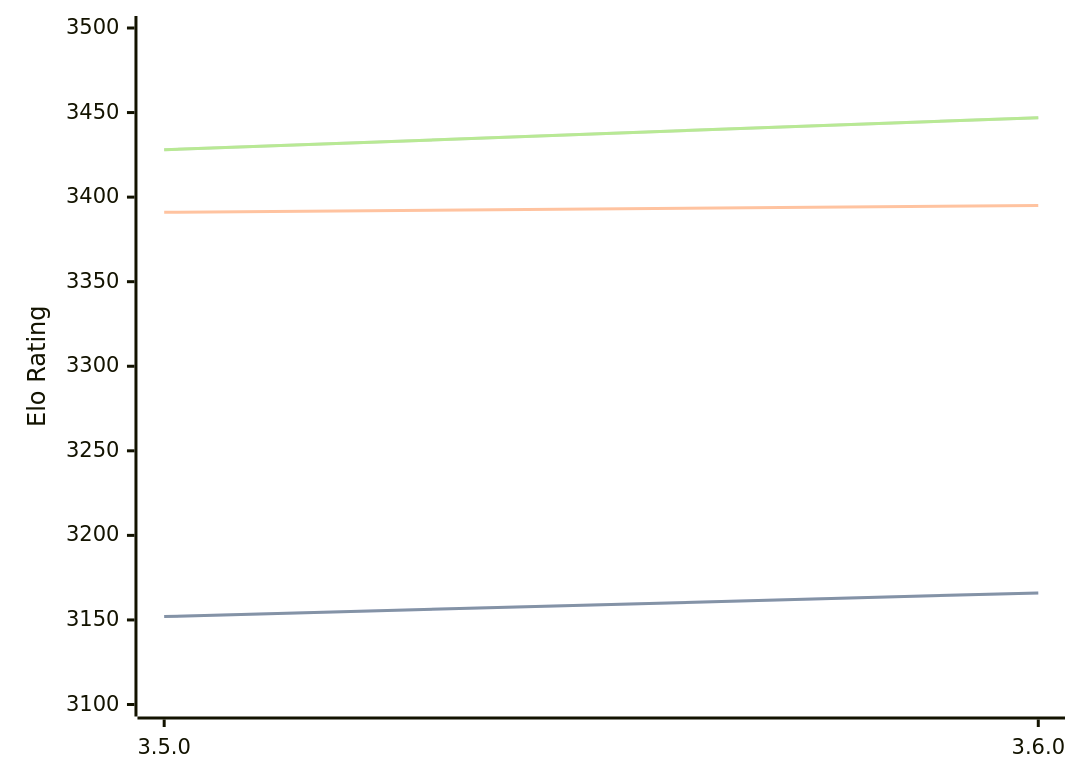
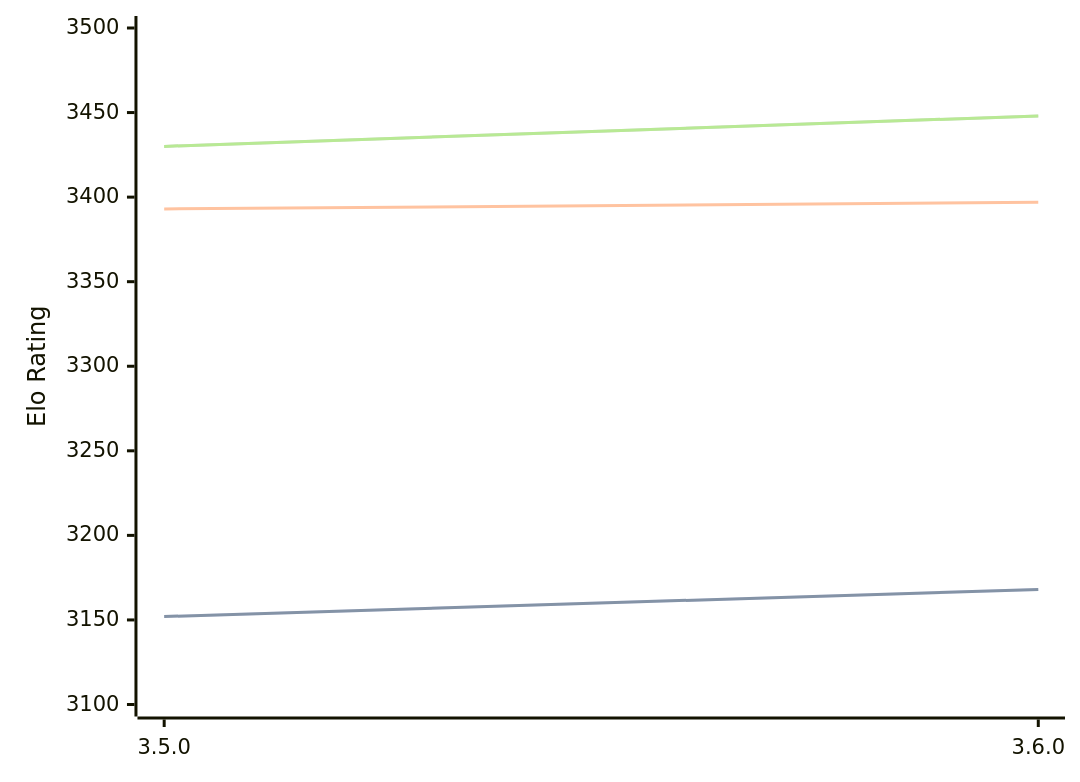
The diagram in engines/Igel.md (computer-chess-index/cci), drawn with Mermaid before and after one commit. The commit also changed other lines of this file, not shown here.

Commit message:
Update CCI Ratings (ELO VLTC) - 2026-08-15

````diff
--- a/engines/Igel.md
+++ b/engines/Igel.md
@@ -32,11 +32,11 @@
 ```mermaid
 %%{init: {"theme":"base","themeVariables":{"seriesColors:['#a3a3a3','#222221','#faa371']}}}%%
 xychart-beta
   x-axis ["3.5.0", "3.6.0"]
   y-axis "Elo Rating" 3100 --> 3500
-  line "STC (8.0+0.08s)" [3152, 3166]
-  line "STC (8.0+0.08s)" [3152, 3166]
-  line "LTC (60.0+0.60s)" [3391, 3395]
-  line "VLTC (2m24s+1.12s)" [3428, 3447]
-  line "VLTC (2m24s+1.12s)" [3428, 3447]
+  line "STC (8.0+0.08s)" [3152, 3168]
+  line "STC (8.0+0.08s)" [3152, 3168]
+  line "LTC (60.0+0.60s)" [3393, 3397]
+  line "VLTC (2m24s+1.12s)" [3430, 3448]
+  line "VLTC (2m24s+1.12s)" [3430, 3448]
 ```
````
